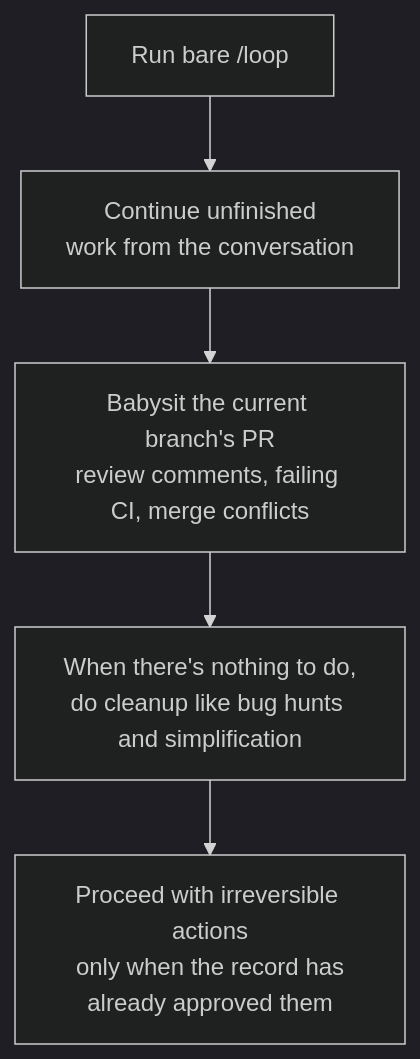
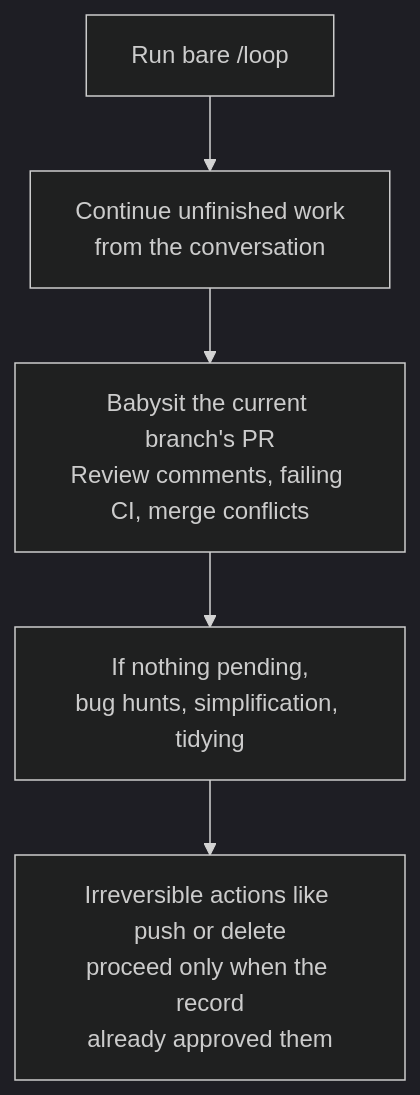
The diagram in docs-site/content/en/claude-code/agentic/scheduled-tasks.md (modu-ai/moai-adk), drawn with Mermaid (dark theme) before and after one commit. The commit also changed other lines of this file and 395 other files, not shown here.

````diff
--- a/docs-site/content/en/claude-code/agentic/scheduled-tasks.md
+++ b/docs-site/content/en/claude-code/agentic/scheduled-tasks.md
@@ -72,7 +80,7 @@
 ```mermaid
 flowchart TD
-    A["Run bare /loop"] --> B["Continue unfinished<br>work from the conversation"]
-    B --> C["Babysit the current branch's PR<br>review comments, failing CI, merge conflicts"]
-    C --> D["When there's nothing to do,<br>do cleanup like bug hunts and simplification"]
-    D --> E["Proceed with irreversible actions<br>only when the record has<br>already approved them"]
+    A["Run bare /loop"] --> B["Continue unfinished work<br>from the conversation"]
+    B --> C["Babysit the current branch's PR<br>Review comments, failing CI, merge conflicts"]
+    C --> D["If nothing pending,<br>bug hunts, simplification, tidying"]
+    D --> E["Irreversible actions like push or delete<br>proceed only when the record<br>already approved them"]
 ```
````
